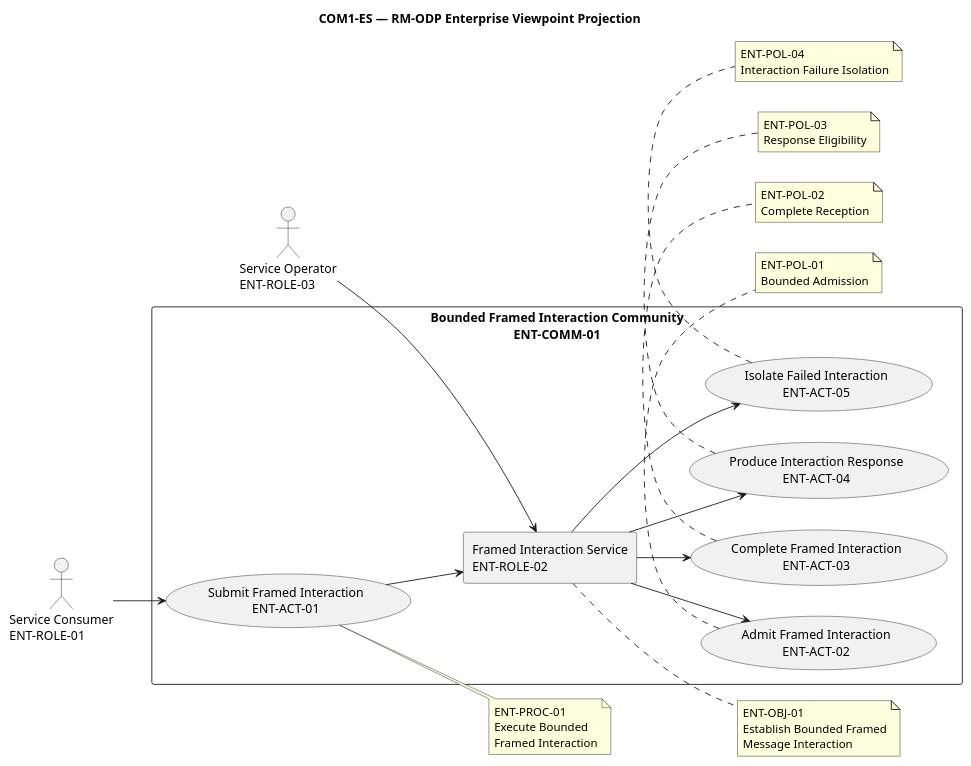
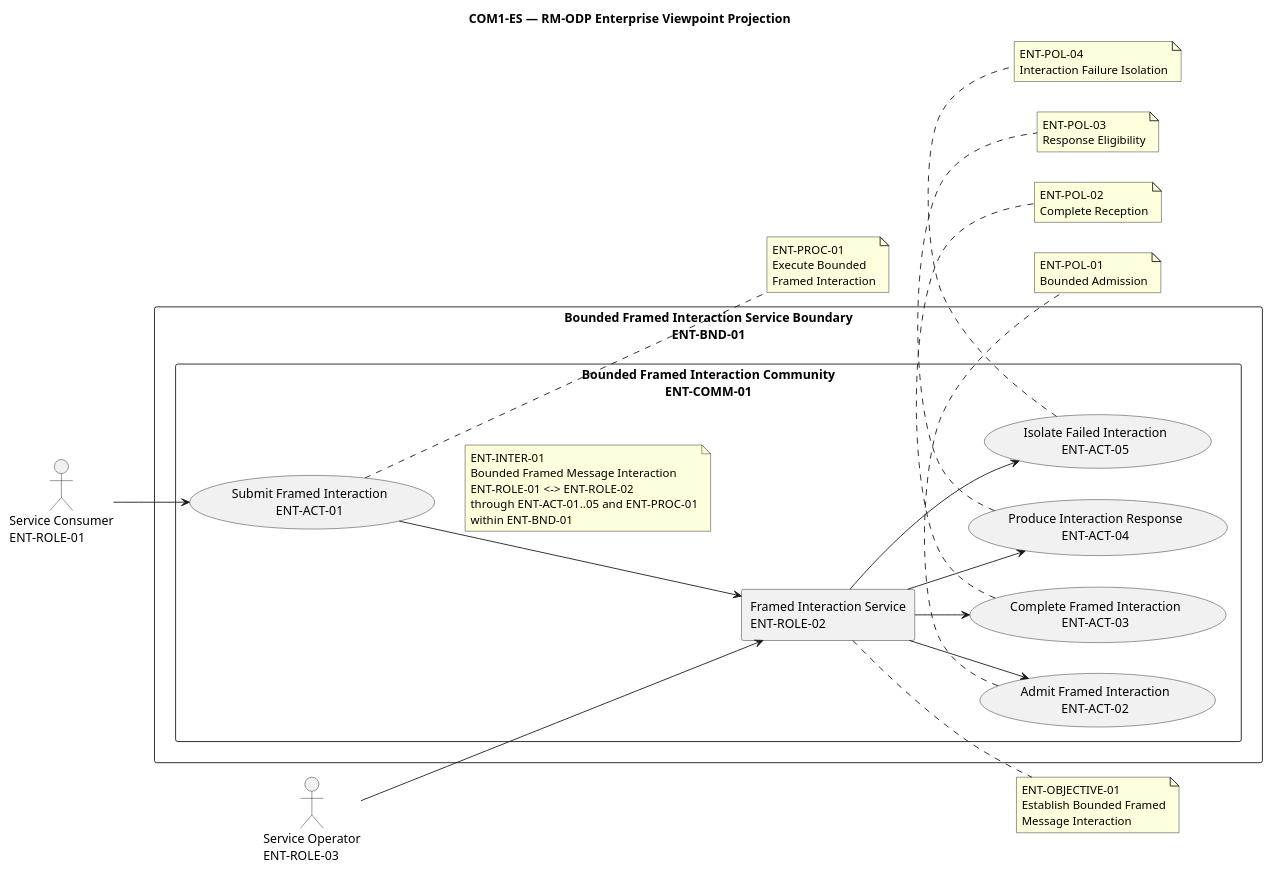
One commit to f8tf-bouhdadi/f8tf-engineering-fabric changed the diagram in products/com/engineering-services/COM1-ES/uml/enterprise.puml. Above: the diagram before and after it, drawn with PlantUML. The commit also changed 12 other files, not shown here.

```diff
--- a/products/com/engineering-services/COM1-ES/uml/enterprise.puml
+++ b/products/com/engineering-services/COM1-ES/uml/enterprise.puml
@@ -1,62 +1,73 @@
 @startuml
 title COM1-ES — RM-ODP Enterprise Viewpoint Projection
 
 left to right direction
 
 actor "Service Consumer\nENT-ROLE-01" as Consumer
 actor "Service Operator\nENT-ROLE-03" as Operator
 
-rectangle "Bounded Framed Interaction Community\nENT-COMM-01" {
+rectangle "Bounded Framed Interaction Service Boundary\nENT-BND-01" as EnterpriseBoundary {
 
-  usecase "Submit Framed Interaction\nENT-ACT-01" as Submit
-  usecase "Admit Framed Interaction\nENT-ACT-02" as Admit
-  usecase "Complete Framed Interaction\nENT-ACT-03" as Complete
-  usecase "Produce Interaction Response\nENT-ACT-04" as Respond
-  usecase "Isolate Failed Interaction\nENT-ACT-05" as Isolate
+  rectangle "Bounded Framed Interaction Community\nENT-COMM-01" {
 
-  rectangle "Framed Interaction Service\nENT-ROLE-02" as Service
+    usecase "Submit Framed Interaction\nENT-ACT-01" as Submit
+    usecase "Admit Framed Interaction\nENT-ACT-02" as Admit
+    usecase "Complete Framed Interaction\nENT-ACT-03" as Complete
+    usecase "Produce Interaction Response\nENT-ACT-04" as Respond
+    usecase "Isolate Failed Interaction\nENT-ACT-05" as Isolate
+
+    rectangle "Framed Interaction Service\nENT-ROLE-02" as Service
+  }
 }
 
 Consumer --> Submit
 Submit --> Service
+
+note on link
+ENT-INTER-01
+Bounded Framed Message Interaction
+ENT-ROLE-01 <-> ENT-ROLE-02
+through ENT-ACT-01..05 and ENT-PROC-01
+within ENT-BND-01
+end note
 
 Service --> Admit
 Service --> Complete
 Service --> Respond
 Service --> Isolate
 
 Operator --> Service
 
 note right of Service
-ENT-OBJ-01
+ENT-OBJECTIVE-01
 Establish Bounded Framed
 Message Interaction
 end note
 
 note bottom of Admit
 ENT-POL-01
 Bounded Admission
 end note
 
 note bottom of Complete
 ENT-POL-02
 Complete Reception
 end note
 
 note bottom of Respond
 ENT-POL-03
 Response Eligibility
 end note
 
 note bottom of Isolate
 ENT-POL-04
 Interaction Failure Isolation
 end note
 
 note right of Submit
 ENT-PROC-01
 Execute Bounded
 Framed Interaction
 end note
 
 @enduml
```
